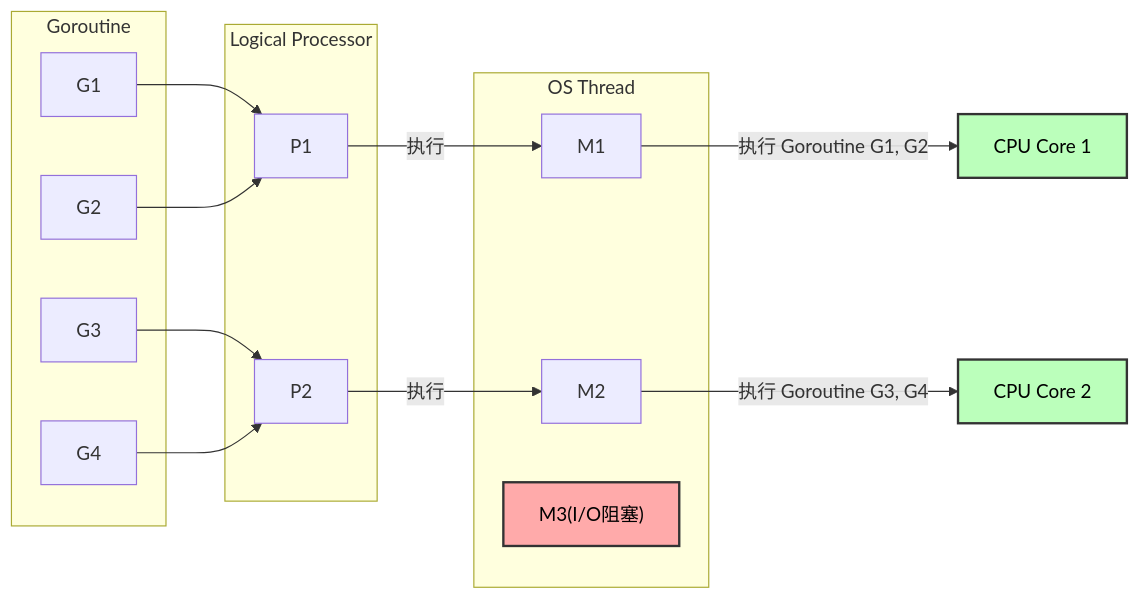
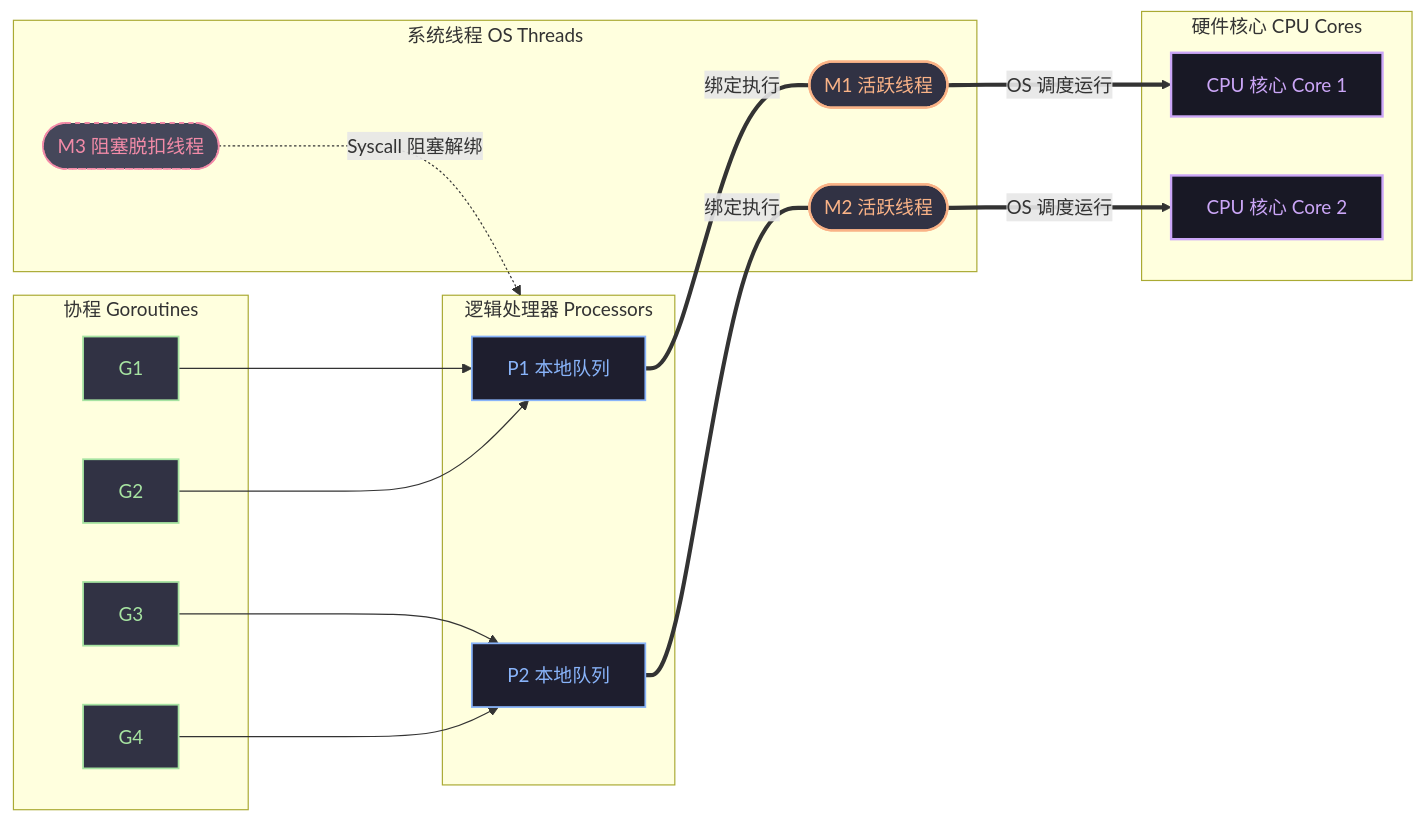
The second of 2 diagrams in source/_posts/2025/2025-10-23_Go语言并发与并行详解.md (teatang/t-blog), drawn with Mermaid before and after one commit. The commit also changed other lines of this file and 7 other files, not shown here.

```diff
--- a/source/_posts/2025/2025-10-23_Go语言并发与并行详解.md
+++ b/source/_posts/2025/2025-10-23_Go语言并发与并行详解.md
@@ -141,35 +168,51 @@
 {% mermaid %}
-graph LR
-    subgraph Goroutine
-        G1[G1]
-        G2[G2]
-        G3[G3]
-        G4[G4]
+flowchart LR
+    %% 协程层
+    subgraph G_Group [协程 Goroutines]
+        G1["G1"]:::gNode
+        G2["G2"]:::gNode
+        G3["G3"]:::gNode
+        G4["G4"]:::gNode
     end
 
-    subgraph Logical Processor
-        P1[P1]
-        P2[P2]
+    %% 逻辑处理器层
+    subgraph P_Group [逻辑处理器 Processors]
+        P1["P1 本地队列"]:::pNode
+        P2["P2 本地队列"]:::pNode
     end
 
-    subgraph OS Thread
-        M1[M1]
-        M2[M2]
-        M3["M3(I/O阻塞)"]
+    %% OS 线程层
+    subgraph M_Group [系统线程 OS Threads]
+        M1(["M1 活跃线程"]):::mNode
+        M2(["M2 活跃线程"]):::mNode
+        M3(["M3 阻塞脱扣线程"]):::mBlockedNode
     end
 
+    %% 硬件核心层
+    subgraph CPU_Group [硬件核心 CPU Cores]
+        Core1["CPU 核心 Core 1"]:::cpuNode
+        Core2["CPU 核心 Core 2"]:::cpuNode
+    end
+
+    %% 关系映射流
     G1 --> P1
     G2 --> P1
     G3 --> P2
     G4 --> P2
 
-    P1 -- 执行 --> M1
-    P2 -- 执行 --> M2
+    P1 ===|绑定执行| M1
+    P2 ===|绑定执行| M2
 
-    M1 -- 执行 Goroutine G1, G2 --> CPU_Core_1[CPU Core 1]
-    M2 -- 执行 Goroutine G3, G4 --> CPU_Core_2[CPU Core 2]
+    M1 ==>|OS 调度运行| Core1
+    M2 ==>|OS 调度运行| Core2
 
-    style M3 fill:#faa,stroke:#333,stroke-width:2px,color:#000
-    style CPU_Core_1 fill:#bfb,stroke:#333,stroke-width:2px,color:#000
-    style CPU_Core_2 fill:#bfb,stroke:#333,stroke-width:2px,color:#000
+    %% 异常/解绑示意
+    M3 -.->|Syscall 阻塞解绑| P_Group
+
+    %% 样式表 (Dark UI 调色板)
+    classDef gNode fill:#313244,stroke:#a6e3a1,stroke-width:1.5px,color:#a6e3a1;
+    classDef pNode fill:#1e1e2e,stroke:#89b4fa,stroke-width:1.5px,color:#89b4fa;
+    classDef mNode fill:#313244,stroke:#fab387,stroke-width:2px,color:#fab387;
+    classDef mBlockedNode fill:#45475a,stroke:#f38ba8,stroke-width:1.5px,stroke-dasharray: 4 4,color:#f38ba8;
+    classDef cpuNode fill:#181825,stroke:#cba6f7,stroke-width:2px,color:#cba6f7;
 {% endmermaid %}
```
